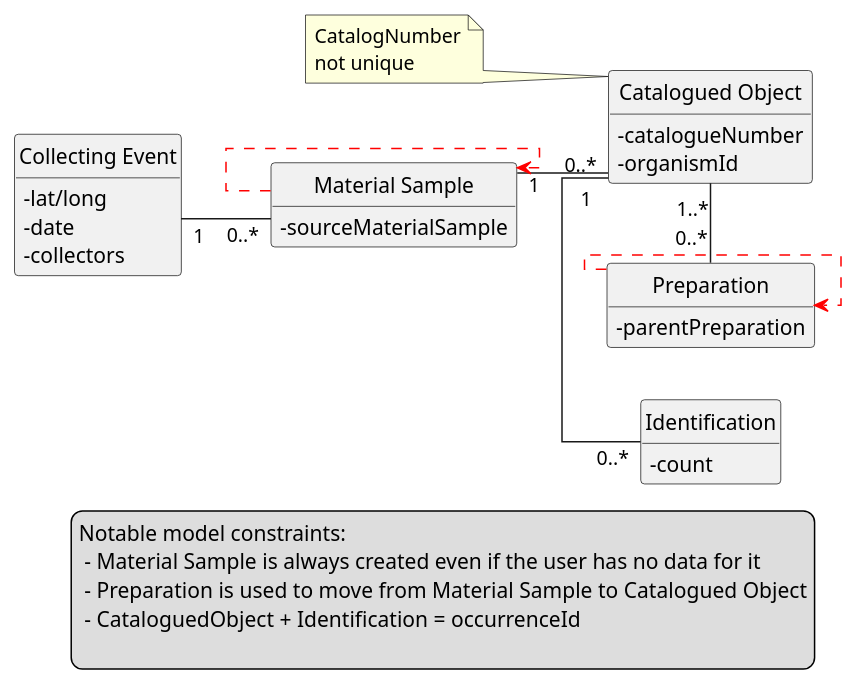
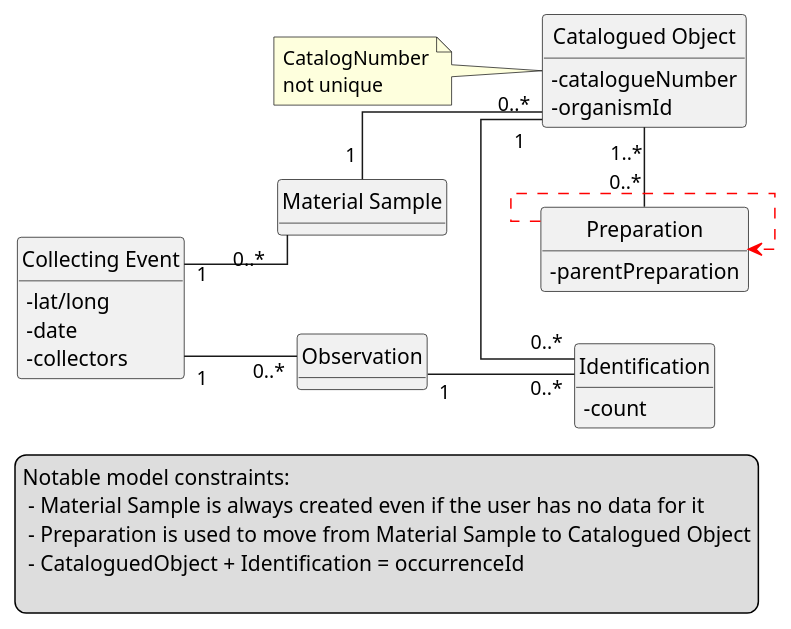
One commit to DINA-Web/collection-specs changed the diagram in documentation/collectionDataModel.plantuml. Above: the diagram before and after it, drawn with PlantUML.

```diff
--- a/documentation/collectionDataModel.plantuml
+++ b/documentation/collectionDataModel.plantuml
@@ -1,52 +1,55 @@
 @startuml
 left to right direction
 
 skinparam classAttributeIconSize 0
 
 hide circle
 hide methods
 
 class "Collecting Event" as ce {
 -lat/long
 -date
 -collectors
 }
 
 class "Material Sample" as ms {
--sourceMaterialSample
+}
+
+class "Observation" as obs {
 }
 
 skinparam linetype spline
 
 note "CatalogNumber\nnot unique" as NU
 
 class "Catalogued Object" as co {
 -catalogueNumber
 -organismId
 }
 
 class "Identification" as identification{
 -count
 }
 
 class "Preparation" as preparation{
 -parentPreparation
 }
 
 ce "1 " -- "0..*" ms
+ce "1 " -- "0..*" obs
 ms "1 " -- "0..*" co
 skinparam linetype ortho
 co "1 " - "0..*" identification
 co "1..*" - "0..*" preparation
 co -up-> NU
-ms  -[#red,dashed]-> ms
 preparation -[#red,dashed]-> preparation
+obs "1 " -- "0..*" identification
 
 legend right
 Notable model constraints:
  - Material Sample is always created even if the user has no data for it
  - Preparation is used to move from Material Sample to Catalogued Object
  - CataloguedObject + Identification = occurrenceId
 
 endlegend
 @enduml
```
